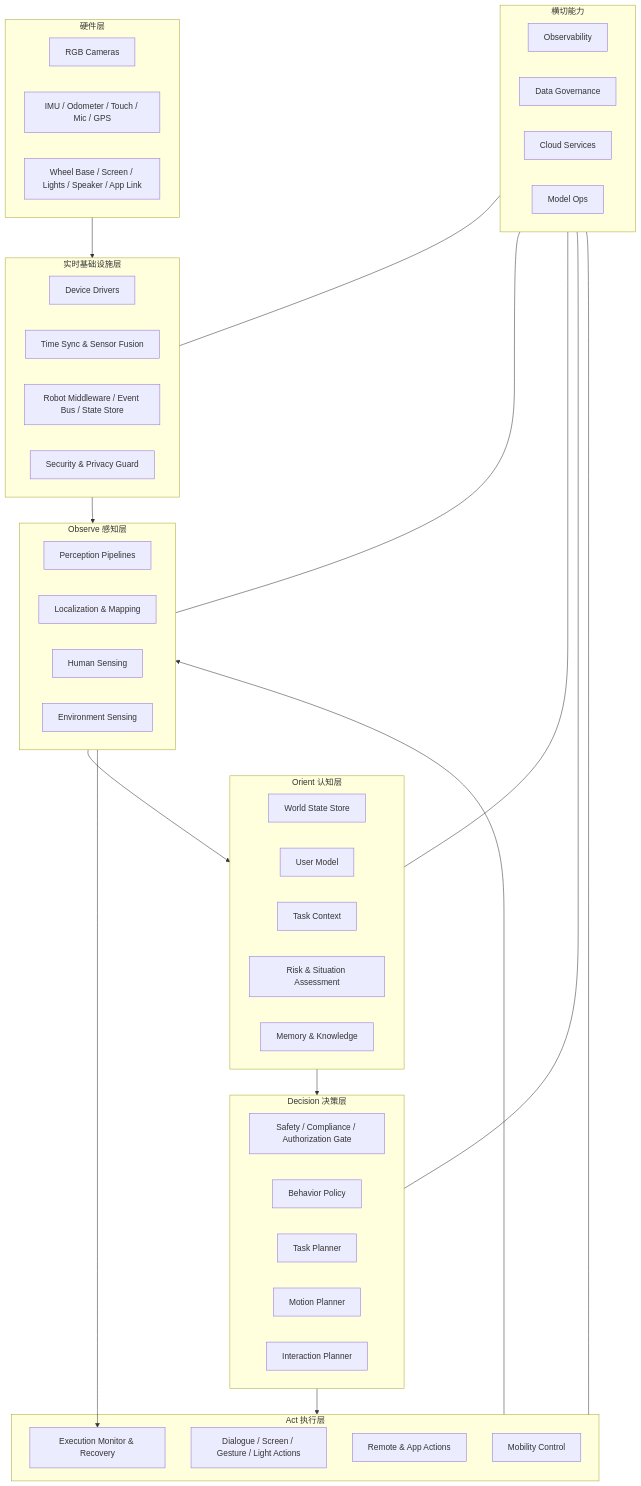
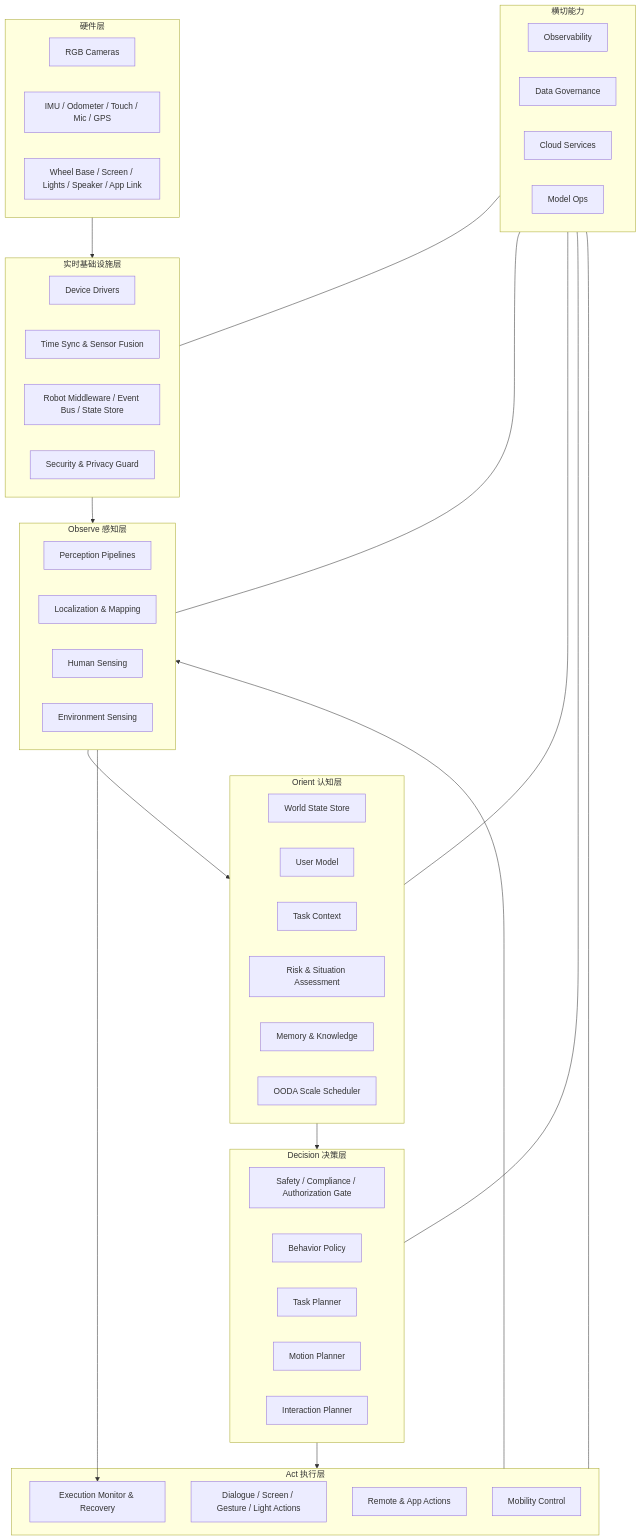
Before and after one commit to hlm12348765/Kinbot_OODA: the diagram in docs/ARCHITECTURE.md, drawn with Mermaid. The commit also changed other lines of this file and 12 other files, not shown here.

````diff
--- a/docs/ARCHITECTURE.md
+++ b/docs/ARCHITECTURE.md
@@ -62,61 +66,62 @@
 ```mermaid
 flowchart TB
     subgraph HW["硬件层"]
         S1["RGB Cameras"]
         S2["IMU / Odometer / Touch / Mic / GPS"]
         S3["Wheel Base / Screen / Lights / Speaker / App Link"]
     end
 
     subgraph RT["实时基础设施层"]
         R1["Device Drivers"]
         R2["Time Sync & Sensor Fusion"]
         R3["Robot Middleware / Event Bus / State Store"]
         R4["Security & Privacy Guard"]
     end
 
     subgraph O["Observe 感知层"]
         O1["Perception Pipelines"]
         O2["Localization & Mapping"]
         O3["Human Sensing"]
         O4["Environment Sensing"]
     end
 
     subgraph OR["Orient 认知层"]
         OR1["World State Store"]
         OR2["User Model"]
         OR3["Task Context"]
         OR4["Risk & Situation Assessment"]
         OR5["Memory & Knowledge"]
+        OR6["OODA Scale Scheduler"]
     end
 
     subgraph D["Decision 决策层"]
         D1["Safety / Compliance / Authorization Gate"]
         D2["Behavior Policy"]
         D3["Task Planner"]
         D4["Motion Planner"]
         D5["Interaction Planner"]
     end
 
     subgraph A["Act 执行层"]
         A1["Mobility Control"]
         A2["Dialogue / Screen / Gesture / Light Actions"]
         A3["Remote & App Actions"]
         A4["Execution Monitor & Recovery"]
     end
 
     subgraph X["横切能力"]
         X1["Observability"]
         X2["Data Governance"]
         X3["Cloud Services"]
         X4["Model Ops"]
     end
 
     HW --> RT --> O --> OR --> D --> A
     O --> A4
     A --> O
     X --- RT
     X --- O
     X --- OR
     X --- D
     X --- A
 ```
````
